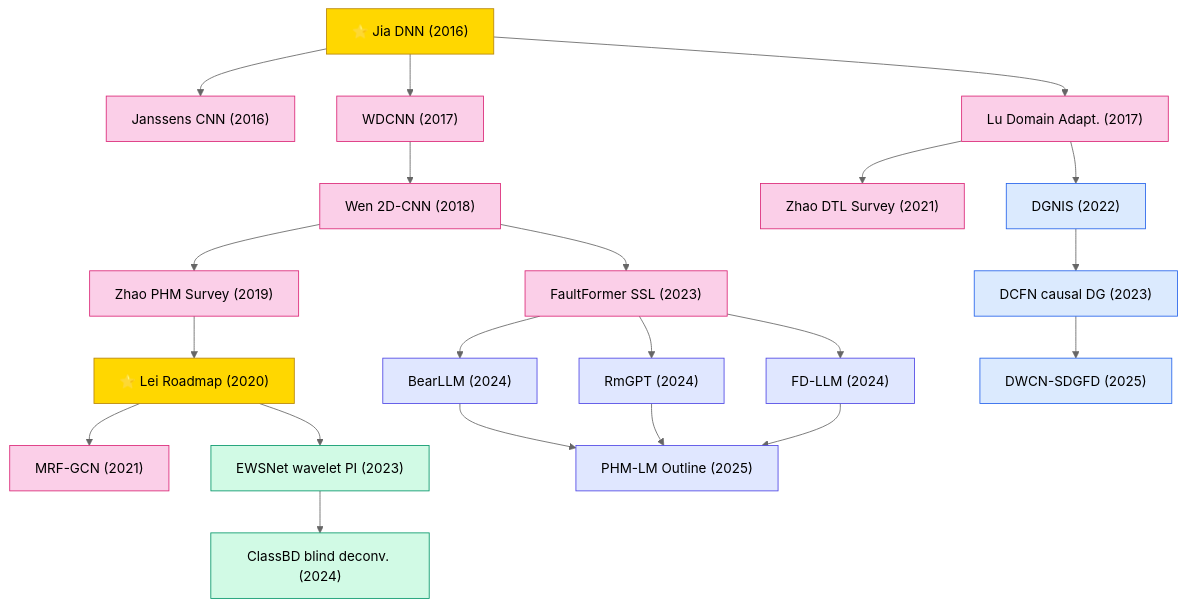
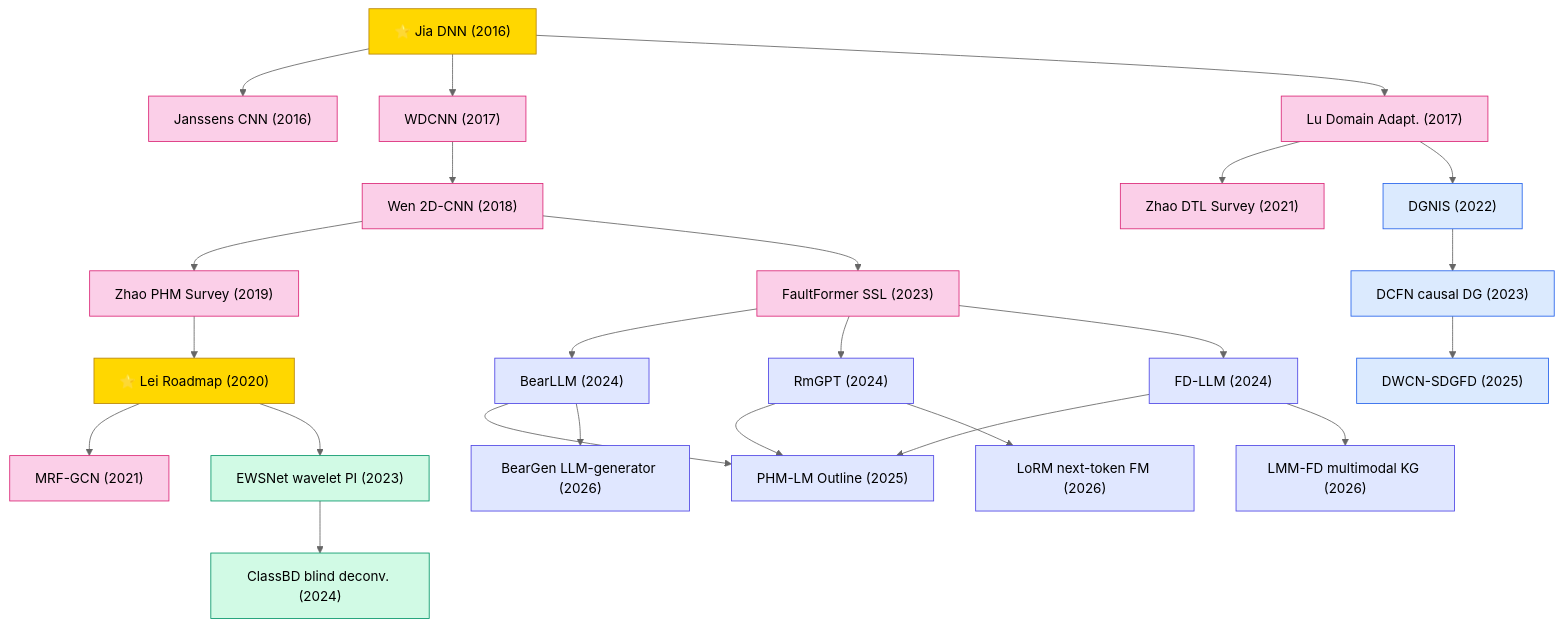
One commit to zerenzhou/Awesome-Machine-Learning-Papers changed the diagram in domains/signal-processing/mechanical-fault-diagnosis/README.md. Above: the diagram before and after it, drawn with Mermaid (neutral theme). The commit also changed other lines of this file and 1 other file, not shown here.

Commit message:
docs: add 2026 Q1 mechanical fault diagnosis papers
Add 4 verified Q1 2026 papers extending the LLM-PHM wave (BearGen
LLM-as-generator, LoRM next-token-prediction FM, LMM-FD multimodal KG)
plus a MSSP small-sample TDA counter-balance paper.

Extend tech tree with 2026 LLM-PHM continuation nodes branching from
BearLLM / RmGPT / FD-LLM.

````diff
--- a/domains/signal-processing/mechanical-fault-diagnosis/README.md
+++ b/domains/signal-processing/mechanical-fault-diagnosis/README.md
@@ -7,35 +7,40 @@
 ```mermaid
 graph TD
     classDef mech fill:#FBCFE8,stroke:#DB2777
     classDef phys fill:#D1FAE5,stroke:#059669
     classDef dg fill:#DBEAFE,stroke:#2563EB
     classDef fm fill:#E0E7FF,stroke:#4F46E5
     classDef star fill:#FFD700,stroke:#B8860B
 
     JiaDNN["⭐ Jia DNN (2016)"]:::star --> Janssens["Janssens CNN (2016)"]:::mech
     JiaDNN --> WDCNN["WDCNN (2017)"]:::mech
     JiaDNN --> LuDA["Lu Domain Adapt. (2017)"]:::mech
     WDCNN --> WenCNN["Wen 2D-CNN (2018)"]:::mech
     WenCNN --> ZhaoPHM["Zhao PHM Survey (2019)"]:::mech
     ZhaoPHM --> LeiRoadmap["⭐ Lei Roadmap (2020)"]:::star
     LuDA --> ZhaoDTL["Zhao DTL Survey (2021)"]:::mech
     LeiRoadmap --> MRFGCN["MRF-GCN (2021)"]:::mech
 
     %% Domain Generalization branch
     LuDA --> DGNIS["DGNIS (2022)"]:::dg
     DGNIS --> DCFN["DCFN causal DG (2023)"]:::dg
     DCFN --> DWCN["DWCN-SDGFD (2025)"]:::dg
 
     %% Physics-Informed branch
     LeiRoadmap --> EWSNet["EWSNet wavelet PI (2023)"]:::phys
     EWSNet --> ClassBD["ClassBD blind deconv. (2024)"]:::phys
 
     %% Self-Supervised / Transformer → Foundation Model branch
     WenCNN --> FaultFormer["FaultFormer SSL (2023)"]:::mech
     FaultFormer --> BearLLM["BearLLM (2024)"]:::fm
     FaultFormer --> RmGPT["RmGPT (2024)"]:::fm
     FaultFormer --> FDLLM["FD-LLM (2024)"]:::fm
     BearLLM --> PHMLM["PHM-LM Outline (2025)"]:::fm
     RmGPT --> PHMLM
     FDLLM --> PHMLM
+
+    %% 2026 — LLM-PHM wave continuation
+    BearLLM --> BearGen["BearGen LLM-generator (2026)"]:::fm
+    RmGPT --> LoRM["LoRM next-token FM (2026)"]:::fm
+    FDLLM --> LMMFD["LMM-FD multimodal KG (2026)"]:::fm
 ```
````
